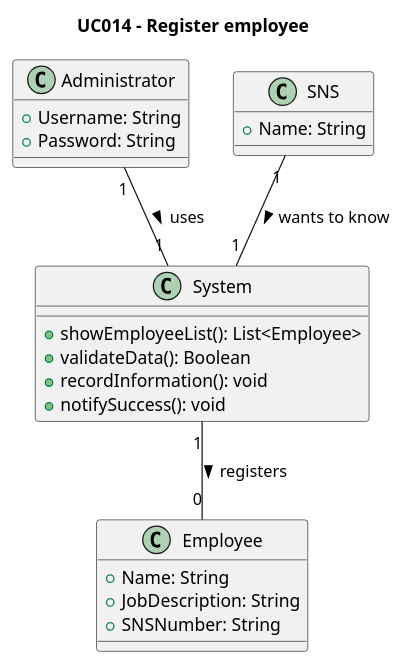
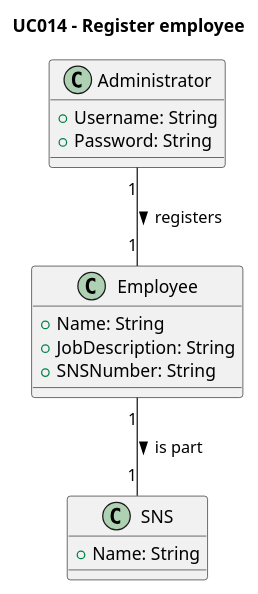
Before and after one commit to rafaafig/SnsTrab: the diagram in sns-base/doc/global/use-cases/UC014/ucd-UCD014-DM.puml, drawn with PlantUML. The commit also changed 10 other files, not shown here.

```diff
--- a/sns-base/doc/global/use-cases/UC014/ucd-UCD014-DM.puml
+++ b/sns-base/doc/global/use-cases/UC014/ucd-UCD014-DM.puml
@@ -1,35 +1,28 @@
 @startuml
 'skinparam monochrome true
 'skinparam shadowing false
 
 title UC014 - Register employee
 
 class Administrator {
     +Username: String
     +Password: String
 }
 
 class SNS {
     +Name: String
 }
 
-class System {
-    +showEmployeeList(): List<Employee>
-    +validateData(): Boolean
-    +recordInformation(): void
-    +notifySuccess(): void
-}
-
 class Employee {
     +Name: String
     +JobDescription: String
     +SNSNumber: String
 }
 
 ' Relationships
-Administrator "1" -- "1" System : uses >
-SNS "1" -- "1" System : wants to know >
-System "1" -- "0" Employee : registers >
+Administrator "1" -- "1" Employee : registers >
+Employee "1" -- "1" SNS : is part >
+
 
 
 @enduml
```
